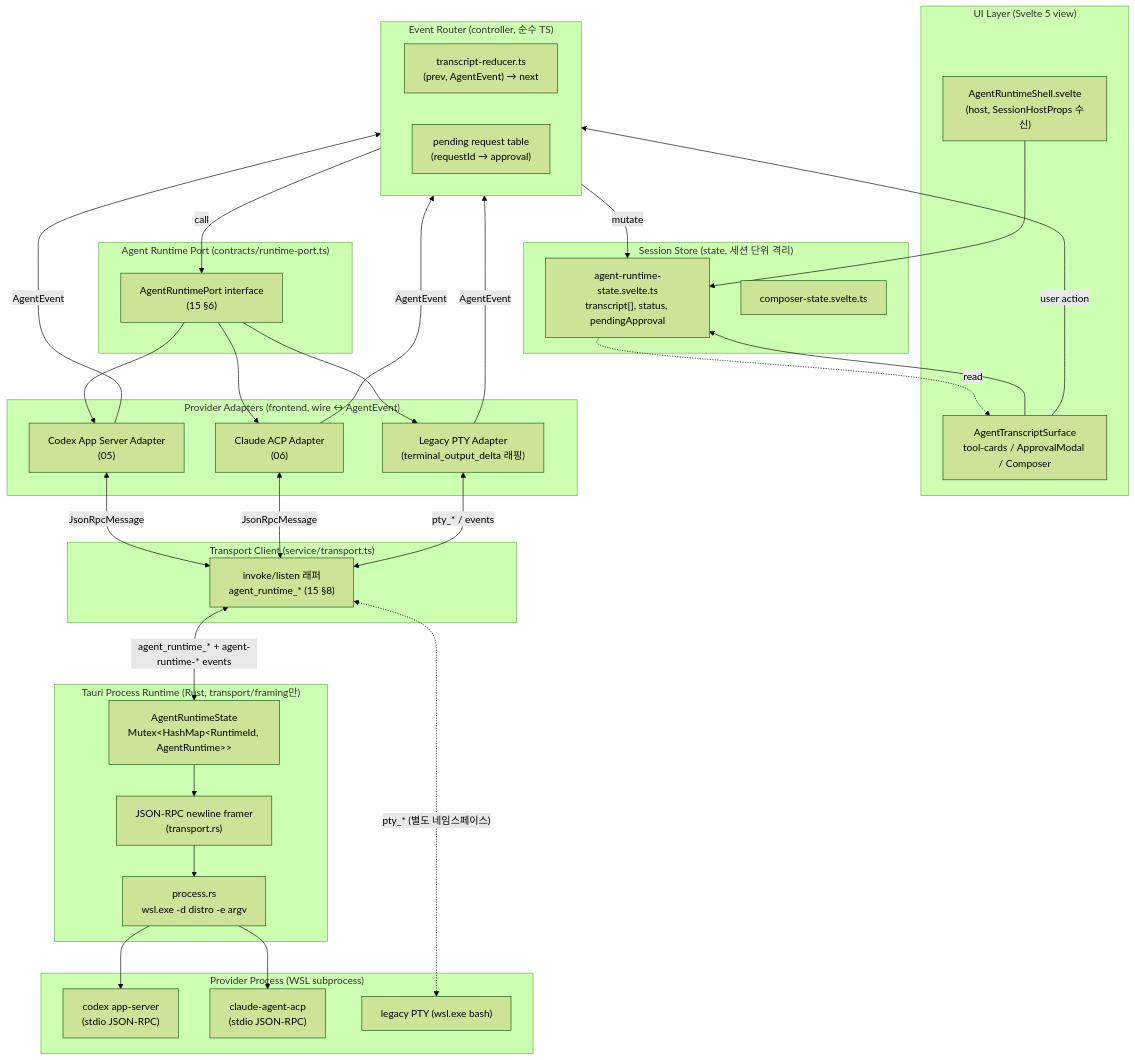
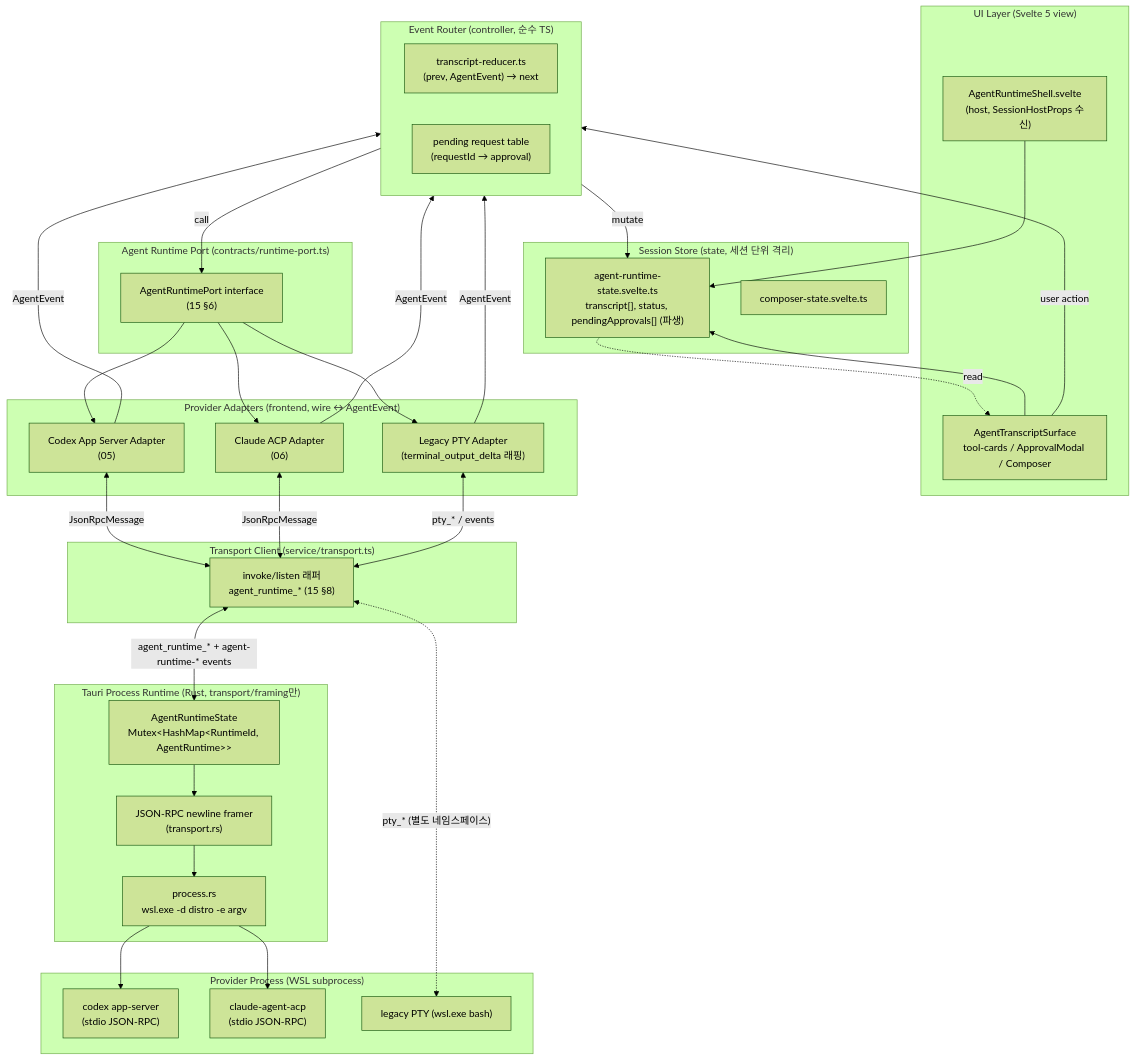
The diagram in docs/plans/agent-direct-runtime/03-target-architecture.md (ummoftgo/clcomx), drawn with Mermaid (forest theme) before and after one commit. The commit also changed other lines of this file and 24 other files, not shown here.

First line of the commit message:
docs(agent-direct-runtime): reinforce plan from independent audit (Critical~Low)

````diff
--- a/docs/plans/agent-direct-runtime/03-target-architecture.md
+++ b/docs/plans/agent-direct-runtime/03-target-architecture.md
@@ -28,65 +28,65 @@
 ```mermaid
 flowchart TB
   subgraph UI["UI Layer (Svelte 5 view)"]
     Shell["AgentRuntimeShell.svelte<br/>(host, SessionHostProps 수신)"]
     Transcript["AgentTranscriptSurface<br/>tool-cards / ApprovalModal / Composer"]
   end
 
   subgraph Store["Session Store (state, 세션 단위 격리)"]
-    RtState["agent-runtime-state.svelte.ts<br/>transcript[], status, pendingApproval"]
+    RtState["agent-runtime-state.svelte.ts<br/>transcript[], status, pendingApprovals[] (파생)"]
     Composer["composer-state.svelte.ts"]
   end
 
   subgraph Router["Event Router (controller, 순수 TS)"]
     Reducer["transcript-reducer.ts<br/>(prev, AgentEvent) → next"]
     PendingTbl["pending request table<br/>(requestId → approval)"]
   end
 
   subgraph Port["Agent Runtime Port (contracts/runtime-port.ts)"]
     PortIf["AgentRuntimePort interface<br/>(15 §6)"]
   end
 
   subgraph Adapters["Provider Adapters (frontend, wire ↔ AgentEvent)"]
     CodexAd["Codex App Server Adapter<br/>(05)"]
     ClaudeAd["Claude ACP Adapter<br/>(06)"]
     LegacyAd["Legacy PTY Adapter<br/>(terminal_output_delta 래핑)"]
   end
 
   subgraph Transport["Transport Client (service/transport.ts)"]
     TClient["invoke/listen 래퍼<br/>agent_runtime_* (15 §8)"]
   end
 
   subgraph Backend["Tauri Process Runtime (Rust, transport/framing만)"]
     RtMgr["AgentRuntimeState<br/>Mutex&lt;HashMap&lt;RuntimeId, AgentRuntime&gt;&gt;"]
     Framer["JSON-RPC newline framer<br/>(transport.rs)"]
     Proc["process.rs<br/>wsl.exe -d distro -e argv"]
   end
 
   subgraph Provider["Provider Process (WSL subprocess)"]
     CodexP["codex app-server<br/>(stdio JSON-RPC)"]
     ClaudeP["claude-agent-acp<br/>(stdio JSON-RPC)"]
     PtyP["legacy PTY (wsl.exe bash)"]
   end
 
   Shell --> RtState
   Transcript --> RtState
   Transcript -->|user action| Router
   RtState -. read .-> Transcript
   Router -->|mutate| RtState
   Router -->|call| PortIf
   PortIf --> CodexAd
   PortIf --> ClaudeAd
   PortIf --> LegacyAd
   CodexAd -->|AgentEvent| Router
   ClaudeAd -->|AgentEvent| Router
   LegacyAd -->|AgentEvent| Router
   CodexAd <-->|JsonRpcMessage| TClient
   ClaudeAd <-->|JsonRpcMessage| TClient
   LegacyAd <-->|pty_* / events| TClient
   TClient <-->|"agent_runtime_* + agent-runtime-* events"| RtMgr
   RtMgr --> Framer
   Framer --> Proc
   Proc --> CodexP
   Proc --> ClaudeP
   TClient <-.->|"pty_* (별도 네임스페이스)"| PtyP
 ```
````
